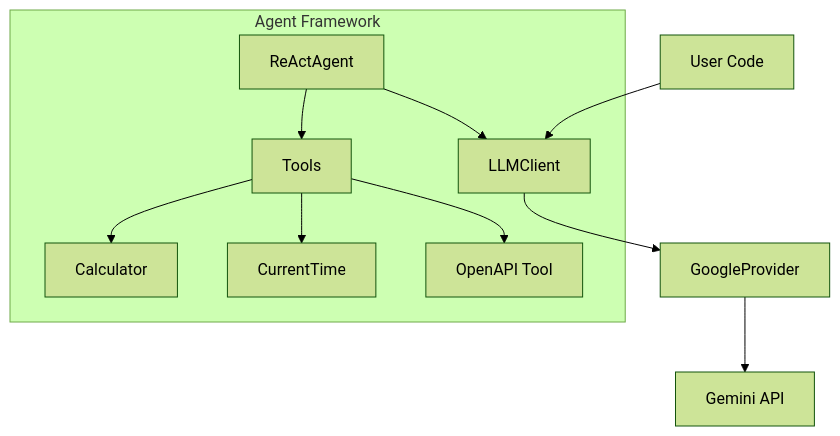
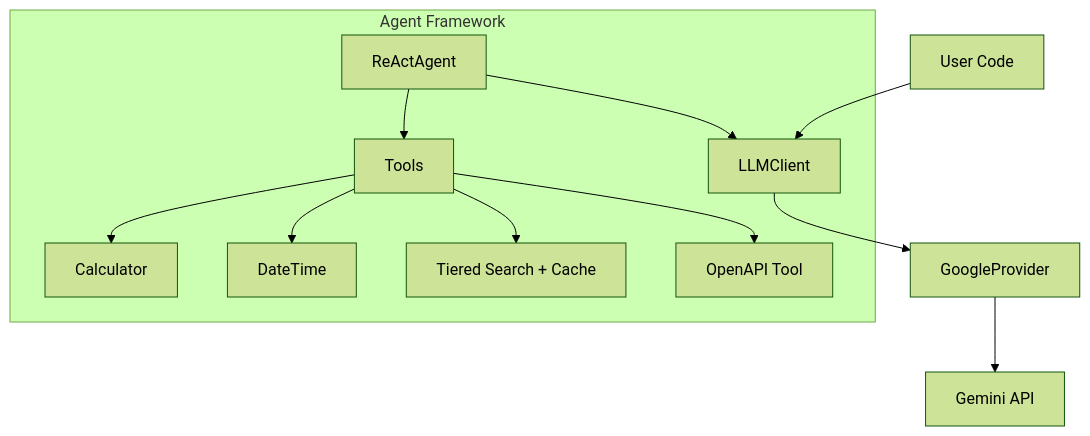
One commit to srijithunni7182/llm4j changed the diagram in gemini-react-java/wiki/Home.md. Above: the diagram before and after it, drawn with Mermaid (forest theme). The commit also changed other lines of this file and 1 other file, not shown here.

Commit message:
docs: update wiki with tiered search and date-time tool details

````diff
--- a/gemini-react-java/wiki/Home.md
+++ b/gemini-react-java/wiki/Home.md
@@ -85,14 +72,15 @@
 ```mermaid
 graph TD
     User[User Code] --> Client[LLMClient]
     Client --> Provider[GoogleProvider]
     Provider --> API[Gemini API]
     
     subgraph "Agent Framework"
     Agent[ReActAgent] --> Client
     Agent --> Tools[Tools]
     Tools --> Calc[Calculator]
-    Tools --> Time[CurrentTime]
+    Tools --> Time[DateTime]
+    Tools --> Search[Tiered Search + Cache]
     Tools --> OpenAPI[OpenAPI Tool]
     end
 ```
````
